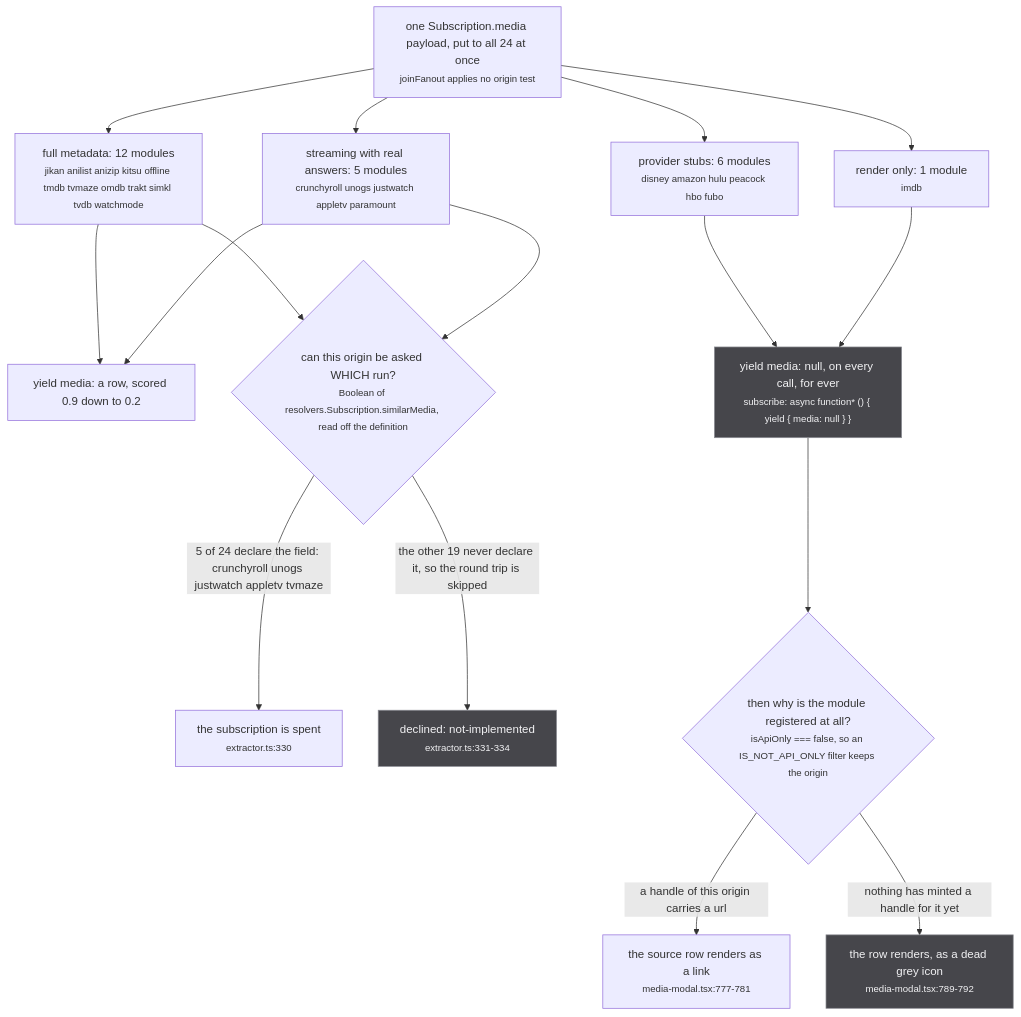
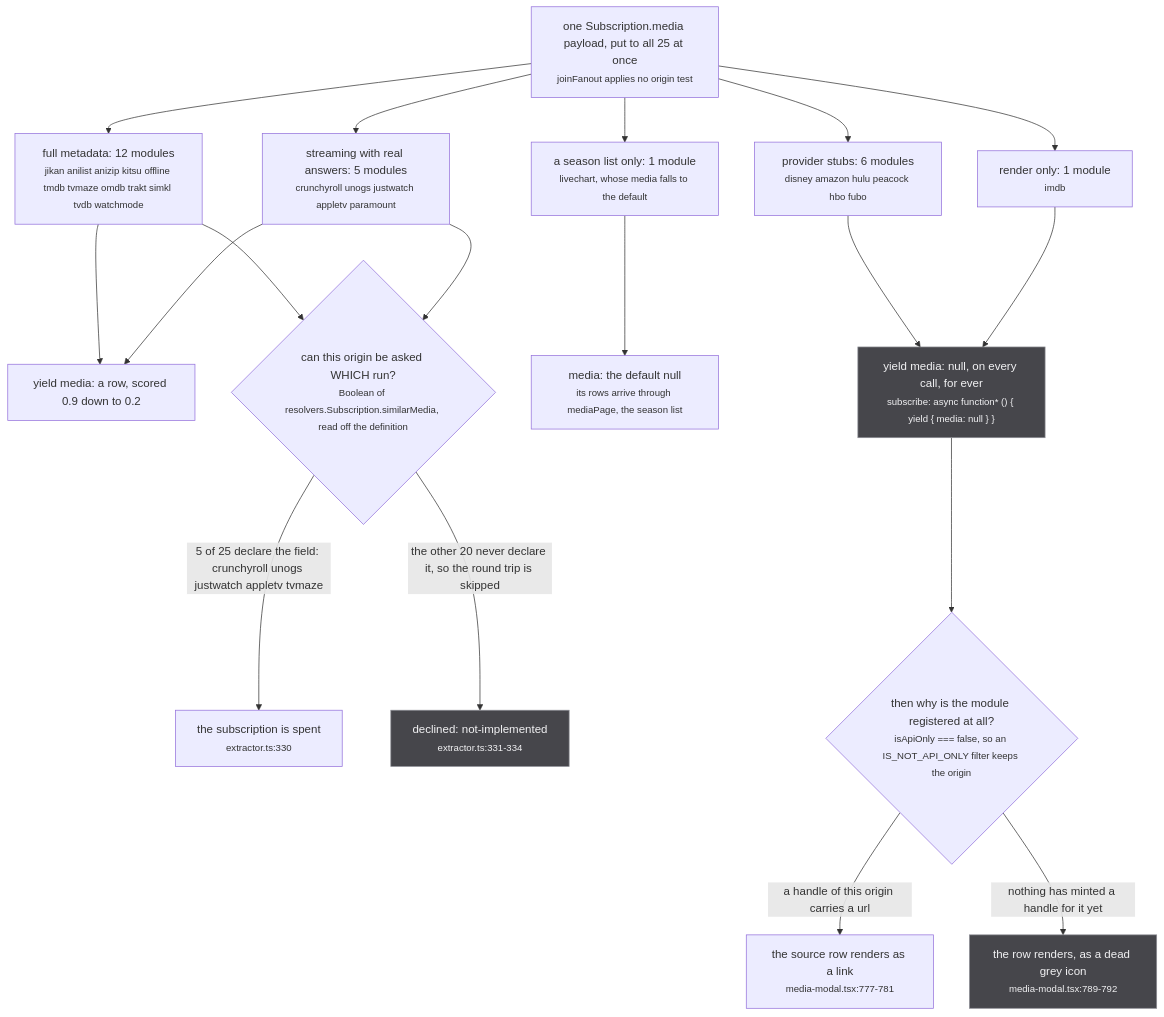
One commit to banou26/stub changed the second of 3 diagrams in docs/src/content/docs/sources/registry.md. Above: the diagram before and after it, drawn with Mermaid. The commit also changed other lines of this file and 13 other files, not shown here.

````diff
--- a/docs/src/content/docs/sources/registry.md
+++ b/docs/src/content/docs/sources/registry.md
@@ -116,24 +116,26 @@
 ```mermaid
 flowchart TD
-  P["one Subscription.media payload, put to all 24 at once<br/><small>joinFanout applies no origin test</small>"]
+  P["one Subscription.media payload, put to all 25 at once<br/><small>joinFanout applies no origin test</small>"]
   P --> BM["full metadata: 12 modules<br/><small>jikan anilist anizip kitsu offline tmdb tvmaze omdb trakt simkl tvdb watchmode</small>"]
   P --> BS["streaming with real answers: 5 modules<br/><small>crunchyroll unogs justwatch appletv paramount</small>"]
   P --> BT["provider stubs: 6 modules<br/><small>disney amazon hulu peacock hbo fubo</small>"]
   P --> BI["render only: 1 module<br/><small>imdb</small>"]
+  P --> BL["a season list only: 1 module<br/><small>livechart, whose media falls to the default</small>"]
   BM --> ROW["yield media: a row, scored 0.9 down to 0.2"]
   BS --> ROW
   BT --> NUL["yield media: null, on every call, for ever<br/><small>subscribe: async function* () { yield { media: null } }</small>"]
   BI --> NUL
+  BL --> LIST["media: the default null<br/><small>its rows arrive through mediaPage, the season list</small>"]
   BM --> DS{"can this origin be asked WHICH run?<br/><small>Boolean of resolvers.Subscription.similarMedia, read off the definition</small>"}
   BS --> DS
-  DS -->|"5 of 24 declare the field: crunchyroll unogs justwatch appletv tvmaze"| SIM["the subscription is spent<br/><small>extractor.ts:330</small>"]
-  DS -->|"the other 19 never declare it, so the round trip is skipped"| SKIP["declined: not-implemented<br/><small>extractor.ts:331-334</small>"]
+  DS -->|"5 of 25 declare the field: crunchyroll unogs justwatch appletv tvmaze"| SIM["the subscription is spent<br/><small>extractor.ts:330</small>"]
+  DS -->|"the other 20 never declare it, so the round trip is skipped"| SKIP["declined: not-implemented<br/><small>extractor.ts:331-334</small>"]
   NUL --> DR{"then why is the module registered at all?<br/><small>isApiOnly === false, so an IS_NOT_API_ONLY filter keeps the origin</small>"}
   DR -->|"a handle of this origin carries a url"| LINK["the source row renders as a link<br/><small>media-modal.tsx:777-781</small>"]
   DR -->|"nothing has minted a handle for it yet"| GREY["the row renders, as a dead grey icon<br/><small>media-modal.tsx:789-792</small>"]
   classDef irrev fill:#b03f33,stroke:#e0796f,color:#ffffff
   classDef ratchet fill:#8f5a0e,stroke:#f2b45c,color:#ffffff
   classDef view fill:#4572b5,stroke:#8db0de,color:#ffffff
   classDef refuse fill:#46464b,stroke:#8b8c93,color:#f2f2f4
   class NUL,SKIP,GREY refuse
 ```
````
